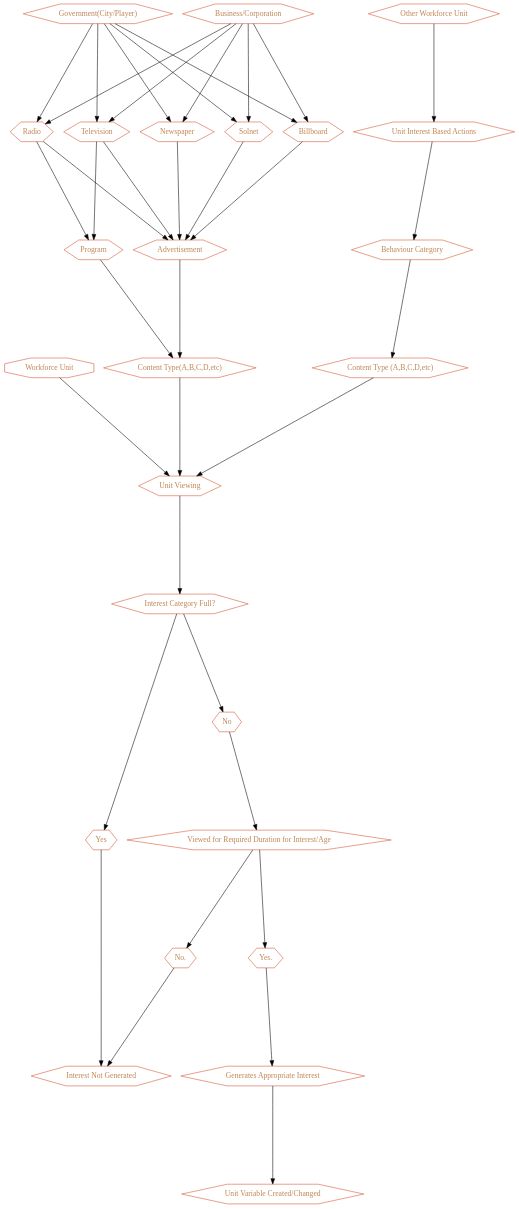
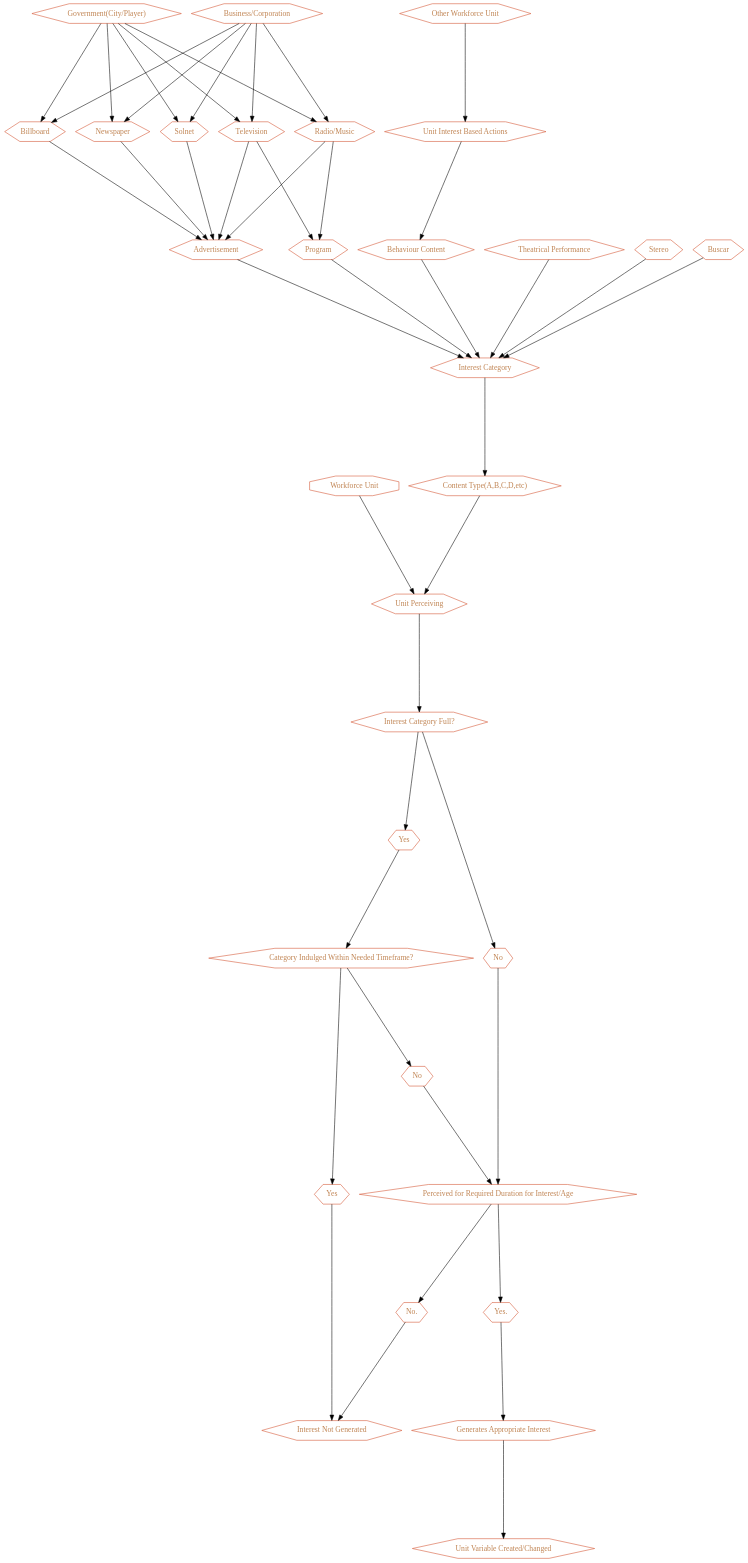
Before and after one commit to cartesiantheatre/handbook: the diagram in Handbook/Game_Mechanics/Graphviz/Workforce_Interests.gv, drawn with Graphviz. The commit also changed 1 other file, not shown here.

Commit message:
Handbook: edits to Workforce_Interests.gv and Workforce.tex expanding on workforce interests.

```diff
--- a/Handbook/Game_Mechanics/Graphviz/Workforce_Interests.gv
+++ b/Handbook/Game_Mechanics/Graphviz/Workforce_Interests.gv
@@ -1,138 +1,154 @@
 /*
   This is part of the Avaneya Project Crew Handbook.
   Copyright (C) 2010-2013 Cartesian Theatre <info@cartesiantheatre.com>.
   See the file License for copying conditions.
   
   To manually compile:
       $ sudo aptitude install graphviz
       $ twopi -Tpdf Workforce_Interests.twopi.gv -o Workforce_Interests.pdf
 */
 
 digraph Workforce_Needs
 {
     // Graph attributes...
     bgcolor="transparent";
     margin="0";
     ratio="auto";
     ranksep="2.5";
     pad="0.5,0.5";
     compound="true";
     overlap="vpsc";
     root="Zones";
 
     // Node attributes...
     node[color="#d3502dff"];
     node[fillcolor="gray10"];
     node[fontcolor="#c08453ff"];
     node[fontname="Ubuntu"];
     node[shape="none"]
 
 
 // Interests
 
 	"Workforce Unit"[shape="octagon"]
 	"Television"[shape="hexagon"]
-	"Radio"[shape="hexagon"]
+	"Radio/Music"[shape="hexagon"]
 	"Billboard"[shape="hexagon"]
 	"Newspaper"[shape="hexagon"]
 	"Solnet"[shape="hexagon"]
 	"Advertisement"[shape="hexagon"]
 	"Program"[shape="hexagon"]
 	"Business/Corporation"[shape="hexagon"]
 	"Government(City/Player)"[shape="hexagon"]
 	"Content Type(A,B,C,D,etc)"[shape="hexagon"]
-	"Unit Viewing"[shape="hexagon"]
-	"Viewed for Required Duration for Interest/Age"[shape="hexagon"]
+	"Unit Perceiving"[shape="hexagon"]
+	"Perceived for Required Duration for Interest/Age"[shape="hexagon"]
 	"Generates Appropriate Interest"[shape="hexagon"]
 	"Other Workforce Unit"[shape="hexagon"]
 	"Unit Interest Based Actions"[shape="hexagon"]
-	"Behaviour Category"[shape="hexagon"]
-	"Content Type (A,B,C,D,etc)"[shape="hexagon"]
+	"Behaviour Content"[shape="hexagon"]
 	"Interest Category Full?"[shape="hexagon"]
 	"Yes"[shape="hexagon"]
 	"Yes."[shape="hexagon"]
 	"No"[shape="hexagon"]
 	"No."[shape="hexagon"]
 	"Interest Not Generated"[shape="hexagon"]
 	"Unit Variable Created/Changed"[shape="hexagon"]
+	"Theatrical Performance"[shape="hexagon"]
+	"Stereo"[shape="hexagon"]
+	"Buscar"[shape="hexagon"]
+	"Category Indulged Within Needed Timeframe?"[shape="hexagon"]
+	" Yes"[shape="hexagon"]
+	" No"[shape="hexagon"]
+	"Interest Category"[shape="hexagon"]
+
 
 
 // Relations
 	// Television & Media	
 
 	"Business/Corporation"		-> "Television";
 	"Government(City/Player)"	-> "Television";
-	"Business/Corporation"		-> "Radio";
-	"Government(City/Player)"	-> "Radio";
+	"Business/Corporation"		-> "Radio/Music";
+	"Government(City/Player)"	-> "Radio/Music";
 	"Business/Corporation"		-> "Billboard";
 	"Government(City/Player)"	-> "Billboard";
 	"Business/Corporation"		-> "Newspaper";
 	"Government(City/Player)"	-> "Newspaper";
 	"Business/Corporation"		-> "Solnet";
 	"Government(City/Player)"	-> "Solnet";	
 	
 	
 	
 	
 	
 	"Television"	-> "Advertisement";
 	"Television"	-> "Program";
-	"Radio"		-> "Program";
-	"Radio"		-> "Advertisement";
+	"Radio/Music"	-> "Program";
+	"Radio/Music"	-> "Advertisement";
 	"Solnet"	-> "Advertisement";
 	"Billboard"	-> "Advertisement";
 	"Newspaper"	-> "Advertisement";
 
 
-	"Advertisement"	-> "Content Type(A,B,C,D,etc)";
-	"Program"	-> "Content Type(A,B,C,D,etc)";
+	"Advertisement"	-> "Interest Category";
+	"Program"	-> "Interest Category";
 
-	"Content Type(A,B,C,D,etc)"	-> "Unit Viewing";	
+	"Content Type(A,B,C,D,etc)"	-> "Unit Perceiving";	
 	
-	"Workforce Unit"	-> "Unit Viewing";	
+	"Workforce Unit"	-> "Unit Perceiving";	
 	
-	"Unit Viewing"		-> "Interest Category Full?";
+	"Unit Perceiving"	-> "Interest Category Full?";
 					"Interest Category Full?" -> "Yes";
+						"Yes"	-> "Category Indulged Within Needed Timeframe?";
+						"Category Indulged Within Needed Timeframe?" -> " Yes";
+						"Category Indulged Within Needed Timeframe?" -> " No";
+							" Yes" 	-> "Interest Not Generated";
+							" No"	-> "Perceived for Required Duration for Interest/Age";
 					"Interest Category Full?" -> "No";
-						"Yes"	-> "Interest Not Generated";
-						"No"	-> "Viewed for Required Duration for Interest/Age";
-								"Viewed for Required Duration for Interest/Age" -> "Yes.";
-								"Viewed for Required Duration for Interest/Age" -> "No.";
+						"No"	-> "Perceived for Required Duration for Interest/Age";
+								"Perceived for Required Duration for Interest/Age" -> "Yes.";
+								"Perceived for Required Duration for Interest/Age" -> "No.";
 
 									"Yes." 	-> "Generates Appropriate Interest";
 									"No."	-> "Interest Not Generated";
 
 	
 	"Generates Appropriate Interest" -> "Unit Variable Created/Changed";
 
 
+	"Interest Category"	-> "Content Type(A,B,C,D,etc)";
+	
+	
+
 	// Behavioural Observations
 
 	"Other Workforce Unit"		-> "Unit Interest Based Actions";
-	"Unit Interest Based Actions"	-> "Behaviour Category";
-	"Behaviour Category"		-> "Content Type (A,B,C,D,etc)";
-	"Content Type (A,B,C,D,etc)"	-> "Unit Viewing";
+	"Unit Interest Based Actions"	-> "Behaviour Content";
+	"Behaviour Content"		-> "Interest Category";
+	
+	
+	
+	// Theater/Song/Music
 
-	
-	// Theater 
-
-
-	// Song/Music
-
+	"Theatrical Performance"	-> "Interest Category";
+	"Stereo"			-> "Interest Category";	
+	"Buscar"			-> "Interest Category";
+ 
 
 	// 
 	
 
 
 
 
 
 
 
 
 
 
 
 
 
 }
```
